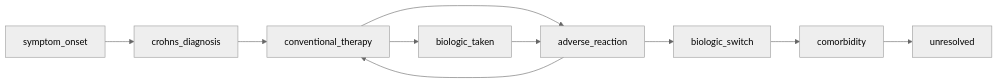
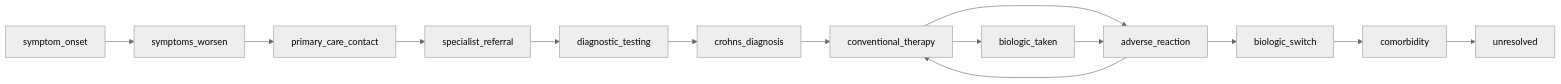
Diagram 33 of 50 in docs/referral_pathways.md (carecodeconnect/crohnicity), drawn with Mermaid before and after one commit. The commit also changed other lines of this file and 107 other files, not shown here.

````diff
--- a/docs/referral_pathways.md
+++ b/docs/referral_pathways.md
@@ -1201,21 +1230,29 @@
 ``` mermaid
 %%{init: {'theme':'neutral'}}%%
 flowchart LR
     n0["symptom_onset"]
-    n1["crohns_diagnosis"]
-    n2["conventional_therapy"]
-    n3["adverse_reaction"]
-    n4["biologic_taken"]
-    n5["biologic_switch"]
-    n6["comorbidity"]
-    n7["unresolved"]
+    n1["symptoms_worsen"]
+    n2["primary_care_contact"]
+    n3["specialist_referral"]
+    n4["diagnostic_testing"]
+    n5["crohns_diagnosis"]
+    n6["conventional_therapy"]
+    n7["adverse_reaction"]
+    n8["biologic_taken"]
+    n9["biologic_switch"]
+    n10["comorbidity"]
+    n11["unresolved"]
     n0 -->n1
     n1 -->n2
     n2 -->n3
-    n3 -->n2
-    n2 -->n4
-    n4 -->n3
-    n3 -->n5
+    n3 -->n4
+    n4 -->n5
     n5 -->n6
     n6 -->n7
+    n7 -->n6
+    n6 -->n8
+    n8 -->n7
+    n7 -->n9
+    n9 -->n10
+    n10 -->n11
 ```
````
